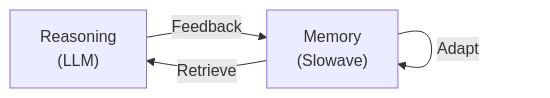
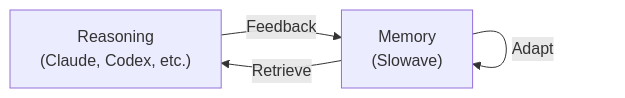
Before and after one commit to agent-memory-atlas-archive/slowave-ai--slowave: the first of 2 diagrams in README.md, drawn with Mermaid.

Commit message:
readme.md

````diff
--- a/README.md
+++ b/README.md
@@ -29,9 +29,9 @@
 ```mermaid
 graph LR
-    LLM["Reasoning<br/>(LLM)"]
+    LLM["Reasoning<br/>(Claude, Codex, etc.)"]
     MEM["Memory<br/>(Slowave)"]
 
     MEM -->|Retrieve| LLM
     LLM -->|Feedback| MEM
     MEM -->|Adapt| MEM
 ```
````
